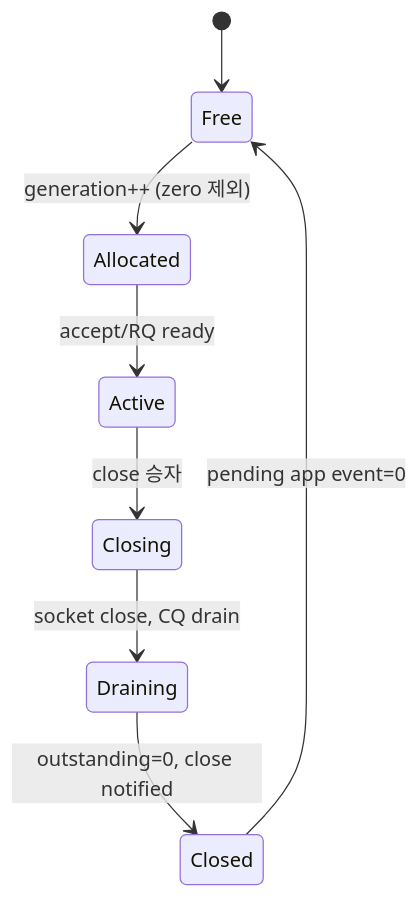
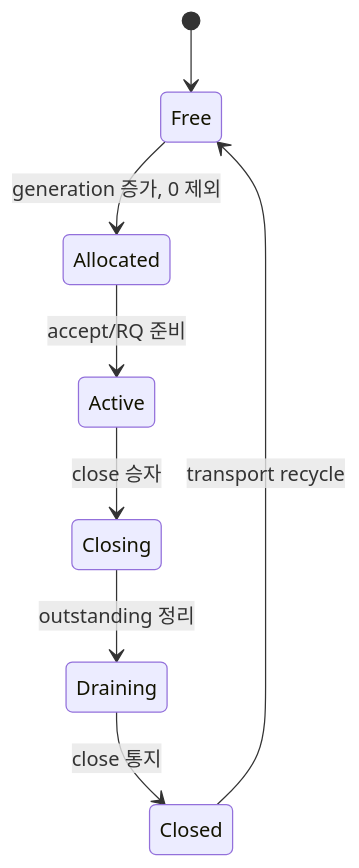
Before and after one commit to jacking75/RIONetLite: the diagram in docs/session-lifecycle.md, drawn with Mermaid. The commit also changed other lines of this file and 81 other files, not shown here.

````diff
--- a/docs/session-lifecycle.md
+++ b/docs/session-lifecycle.md
@@ -3,10 +3,10 @@
 ```mermaid
 stateDiagram-v2
   [*] --> Free
-  Free --> Allocated: generation++ (zero 제외)
-  Allocated --> Active: accept/RQ ready
+  Free --> Allocated: generation 증가, 0 제외
+  Allocated --> Active: accept/RQ 준비
   Active --> Closing: close 승자
-  Closing --> Draining: socket close, CQ drain
-  Draining --> Closed: outstanding=0, close notified
-  Closed --> Free: pending app event=0
+  Closing --> Draining: outstanding 정리
+  Draining --> Closed: close 통지
+  Closed --> Free: transport recycle
 ```
````
